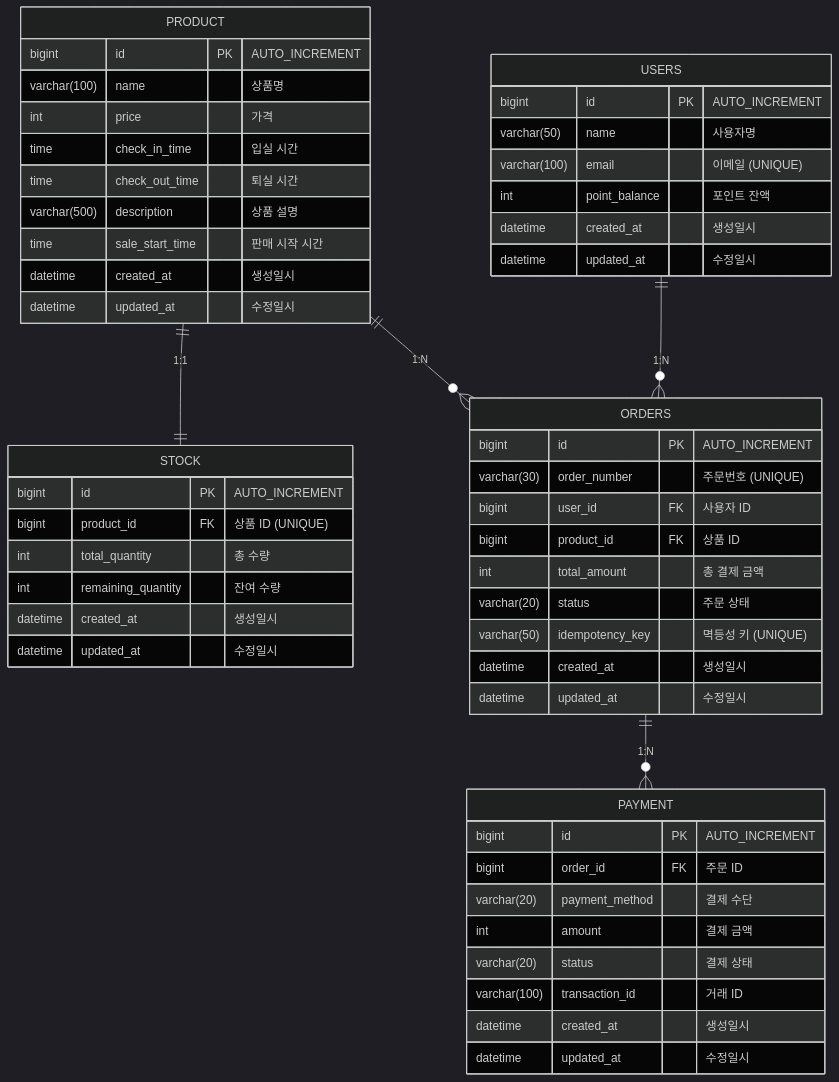
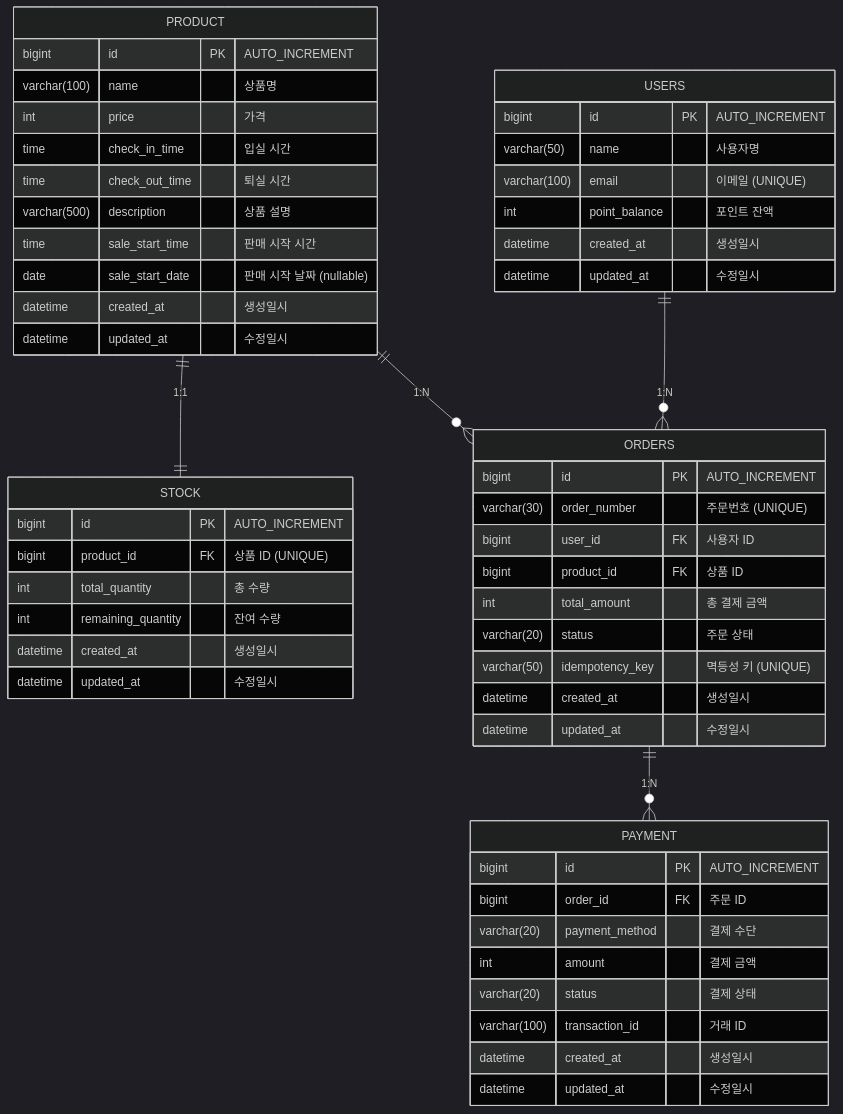
One commit to hyunmin0317/reservation-payment-platform changed the diagram in docs/erd.md. Above: the diagram before and after it, drawn with Mermaid (dark theme). The commit also changed other lines of this file and 2 other files, not shown here.

First line of the commit message:
fix: Product.isSaleOpen() 날짜 기반 판매 제어 추가 (#221)

````diff
--- a/docs/erd.md
+++ b/docs/erd.md
@@ -5,60 +5,61 @@
 ```mermaid
 erDiagram
     PRODUCT {
         bigint id PK "AUTO_INCREMENT"
         varchar(100) name "상품명"
         int price "가격"
         time check_in_time "입실 시간"
         time check_out_time "퇴실 시간"
         varchar(500) description "상품 설명"
         time sale_start_time "판매 시작 시간"
+        date sale_start_date "판매 시작 날짜 (nullable)"
         datetime created_at "생성일시"
         datetime updated_at "수정일시"
     }
 
     STOCK {
         bigint id PK "AUTO_INCREMENT"
         bigint product_id FK "상품 ID (UNIQUE)"
         int total_quantity "총 수량"
         int remaining_quantity "잔여 수량"
         datetime created_at "생성일시"
         datetime updated_at "수정일시"
     }
 
     USERS {
         bigint id PK "AUTO_INCREMENT"
         varchar(50) name "사용자명"
         varchar(100) email "이메일 (UNIQUE)"
         int point_balance "포인트 잔액"
         datetime created_at "생성일시"
         datetime updated_at "수정일시"
     }
 
     ORDERS {
         bigint id PK "AUTO_INCREMENT"
         varchar(30) order_number "주문번호 (UNIQUE)"
         bigint user_id FK "사용자 ID"
         bigint product_id FK "상품 ID"
         int total_amount "총 결제 금액"
         varchar(20) status "주문 상태"
         varchar(50) idempotency_key "멱등성 키 (UNIQUE)"
         datetime created_at "생성일시"
         datetime updated_at "수정일시"
     }
 
     PAYMENT {
         bigint id PK "AUTO_INCREMENT"
         bigint order_id FK "주문 ID"
         varchar(20) payment_method "결제 수단"
         int amount "결제 금액"
         varchar(20) status "결제 상태"
         varchar(100) transaction_id "거래 ID"
         datetime created_at "생성일시"
         datetime updated_at "수정일시"
     }
 
     PRODUCT ||--|| STOCK : "1:1"
     USERS ||--o{ ORDERS : "1:N"
     PRODUCT ||--o{ ORDERS : "1:N"
     ORDERS ||--o{ PAYMENT : "1:N"
 ```
````
